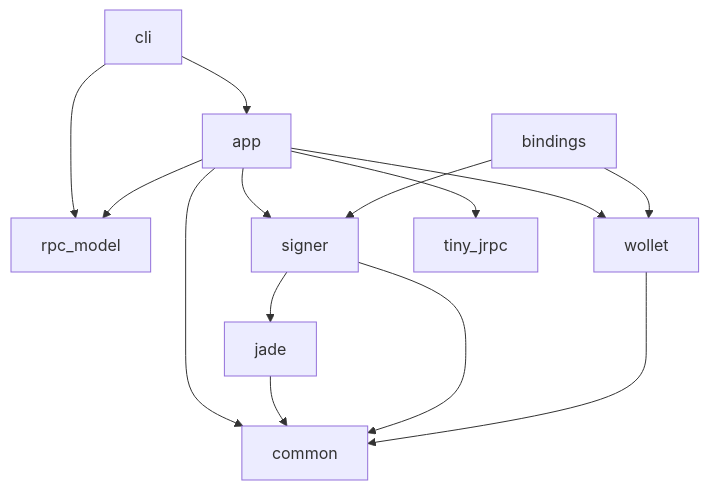
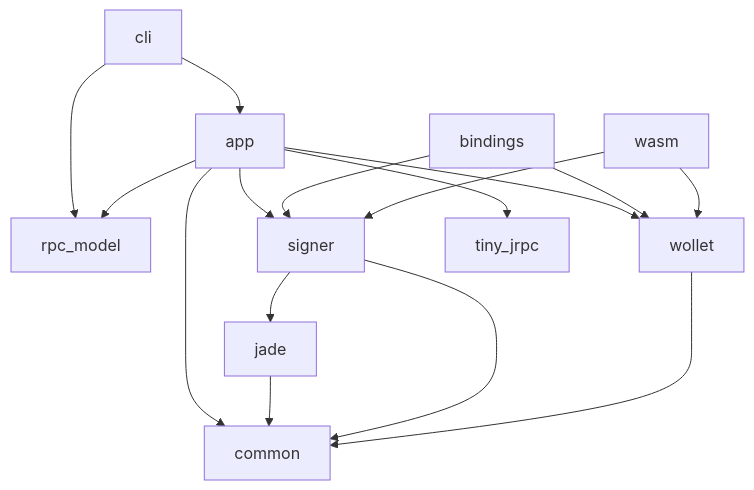
The diagram in README.md (Blockstream/lwk), drawn with Mermaid before and after one commit. The commit also changed 1 other file, not shown here.

Commit message:
readme: add wasm in dep chart, add signer in wasm deps

````diff
--- a/README.md
+++ b/README.md
@@ -78,21 +78,24 @@
 ```mermaid
   graph TD;
       cli-->app;
       cli-->rpc_model;
 
       app-->common;
       app-->wollet;
       app-->signer;
       app-->tiny_jrpc;
       app-->rpc_model;
 
       jade-->common;
 
       signer-->common;
       signer-->jade;
 
       wollet-->common;
       
       bindings-->signer;
       bindings-->wollet;
+
+      wasm-->signer;
+      wasm-->wollet;
 ```
````
